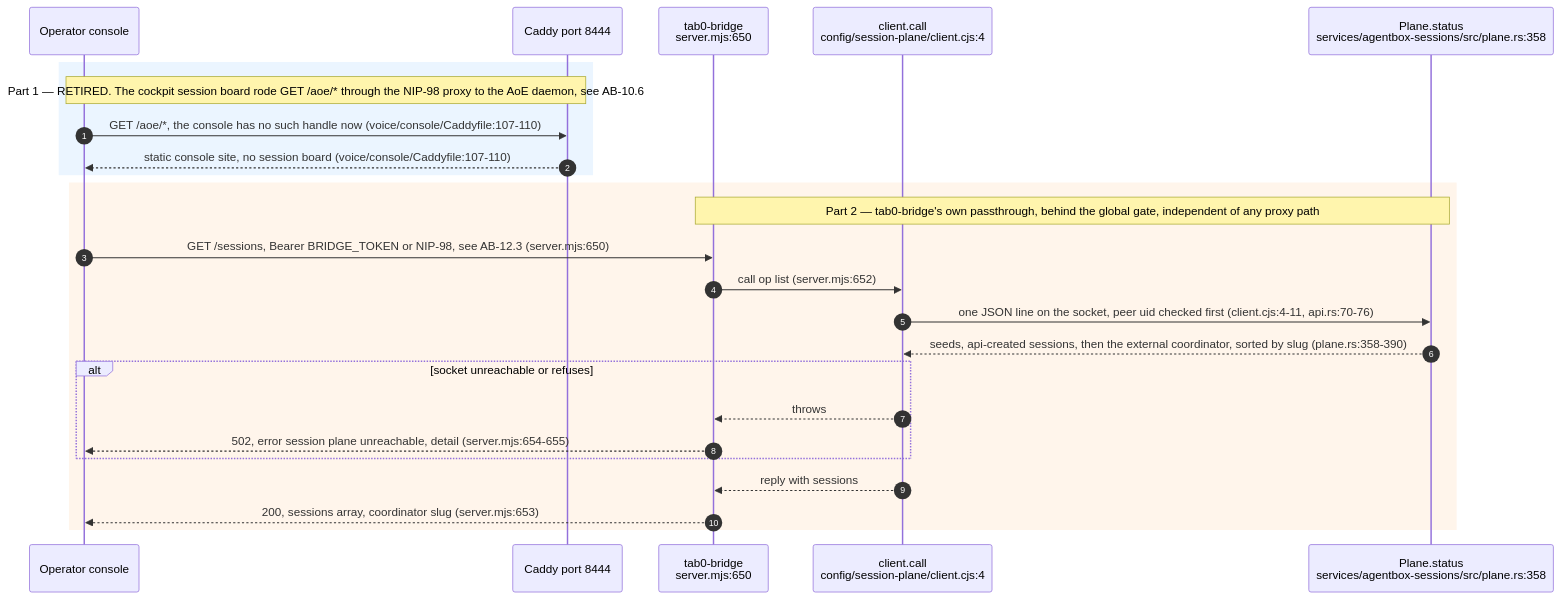
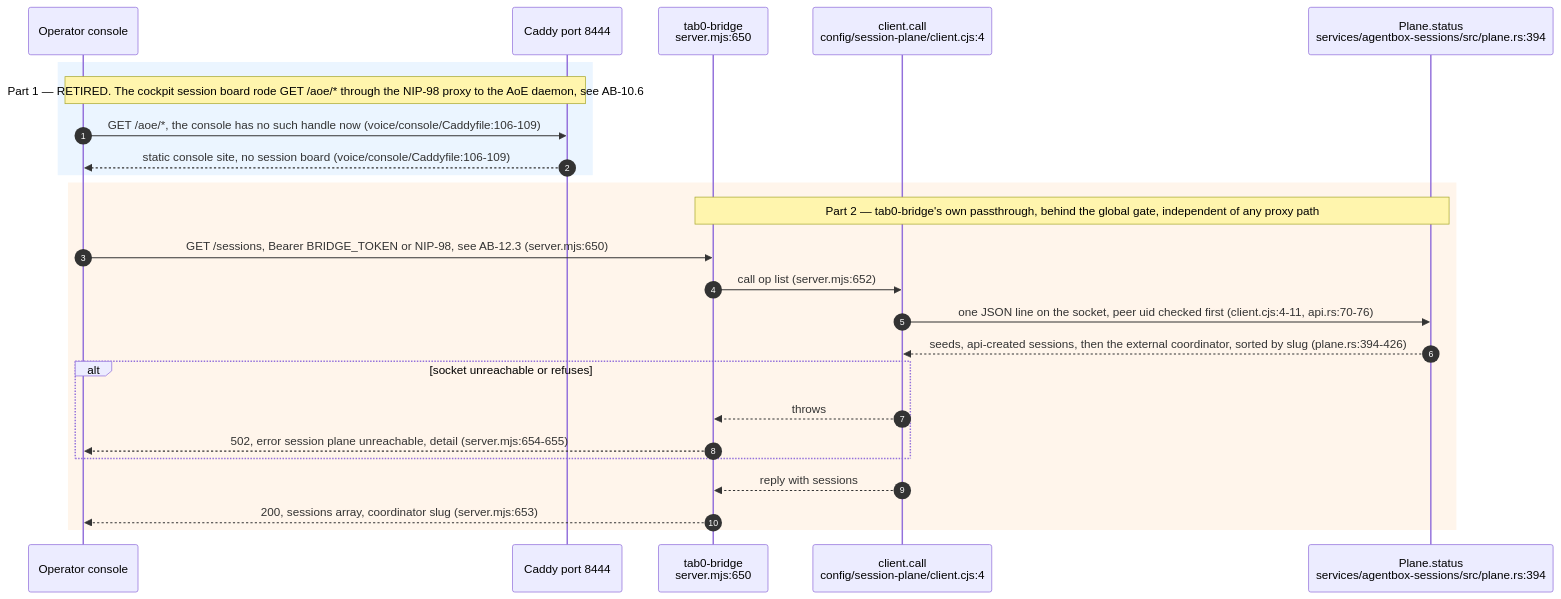
The eighth of 12 diagrams in docs/diagrams/agentbox/12-tab0-bridge-and-interaction-plane.md (DreamLab-AI/VisionFlow), drawn with Mermaid before and after one commit. The commit also changed other lines of this file and 6 other files, not shown here.

First line of the commit message:
docs: align native session and ingress diagrams (#39)

````diff
--- a/docs/diagrams/agentbox/12-tab0-bridge-and-interaction-plane.md
+++ b/docs/diagrams/agentbox/12-tab0-bridge-and-interaction-plane.md
@@ -360,28 +361,28 @@
 ```mermaid
 sequenceDiagram
     autonumber
     participant Op as Operator console
     participant Cad as Caddy port 8444
     participant B as tab0-bridge<br/>server.mjs:650
     participant Cl as client.call<br/>config/session-plane/client.cjs:4
-    participant Sock as Plane.status<br/>services/agentbox-sessions/src/plane.rs:358
+    participant Sock as Plane.status<br/>services/agentbox-sessions/src/plane.rs:394
 
     rect rgb(235,245,255)
     Note over Op,Cad: Part 1 — RETIRED. The cockpit session board rode GET /aoe/* through the NIP-98 proxy to the AoE daemon, see AB-10.6
-    Op->>Cad: GET /aoe/*, the console has no such handle now (voice/console/Caddyfile:107-110)
-    Cad-->>Op: static console site, no session board (voice/console/Caddyfile:107-110)
+    Op->>Cad: GET /aoe/*, the console has no such handle now (voice/console/Caddyfile:106-109)
+    Cad-->>Op: static console site, no session board (voice/console/Caddyfile:106-109)
     end
     rect rgb(255,245,235)
     Note over B,Sock: Part 2 — tab0-bridge's own passthrough, behind the global gate, independent of any proxy path
     Op->>B: GET /sessions, Bearer BRIDGE_TOKEN or NIP-98, see AB-12.3 (server.mjs:650)
     B->>Cl: call op list (server.mjs:652)
     Cl->>Sock: one JSON line on the socket, peer uid checked first (client.cjs:4-11, api.rs:70-76)
-    Sock-->>Cl: seeds, api-created sessions, then the external coordinator, sorted by slug (plane.rs:358-390)
+    Sock-->>Cl: seeds, api-created sessions, then the external coordinator, sorted by slug (plane.rs:394-426)
     alt socket unreachable or refuses
         Cl-->>B: throws
         B-->>Op: 502, error session plane unreachable, detail (server.mjs:654-655)
     end
     Cl-->>B: reply with sessions
     B-->>Op: 200, sessions array, coordinator slug (server.mjs:653)
     end
 ```
````
